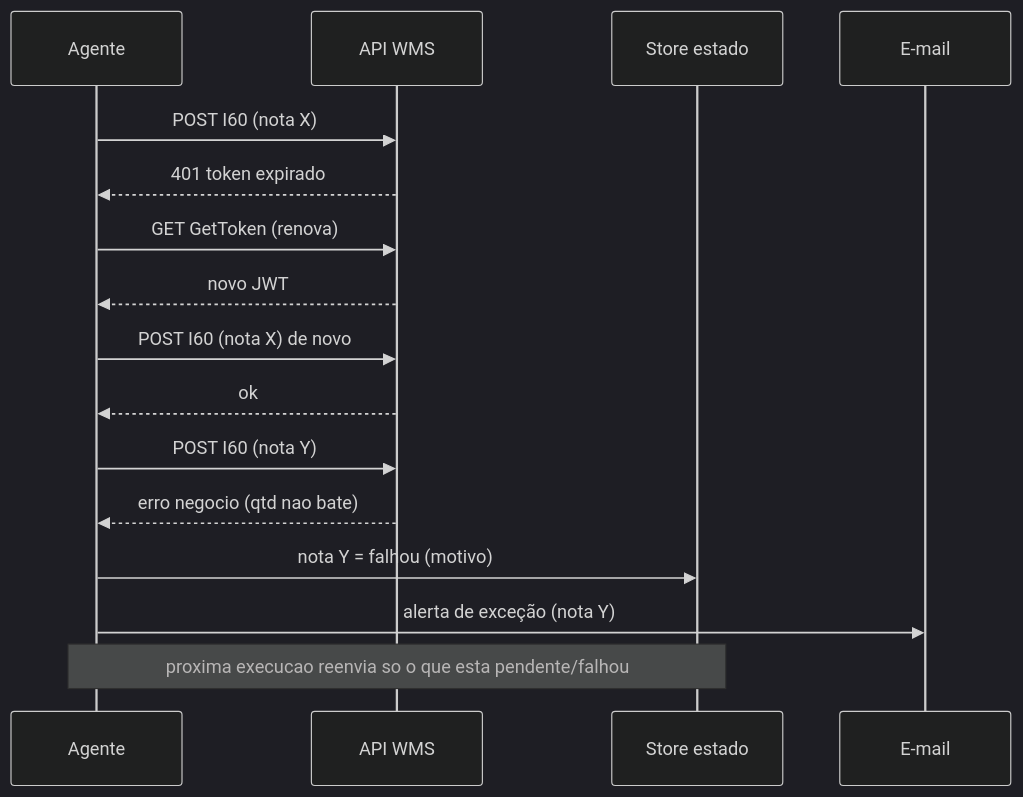
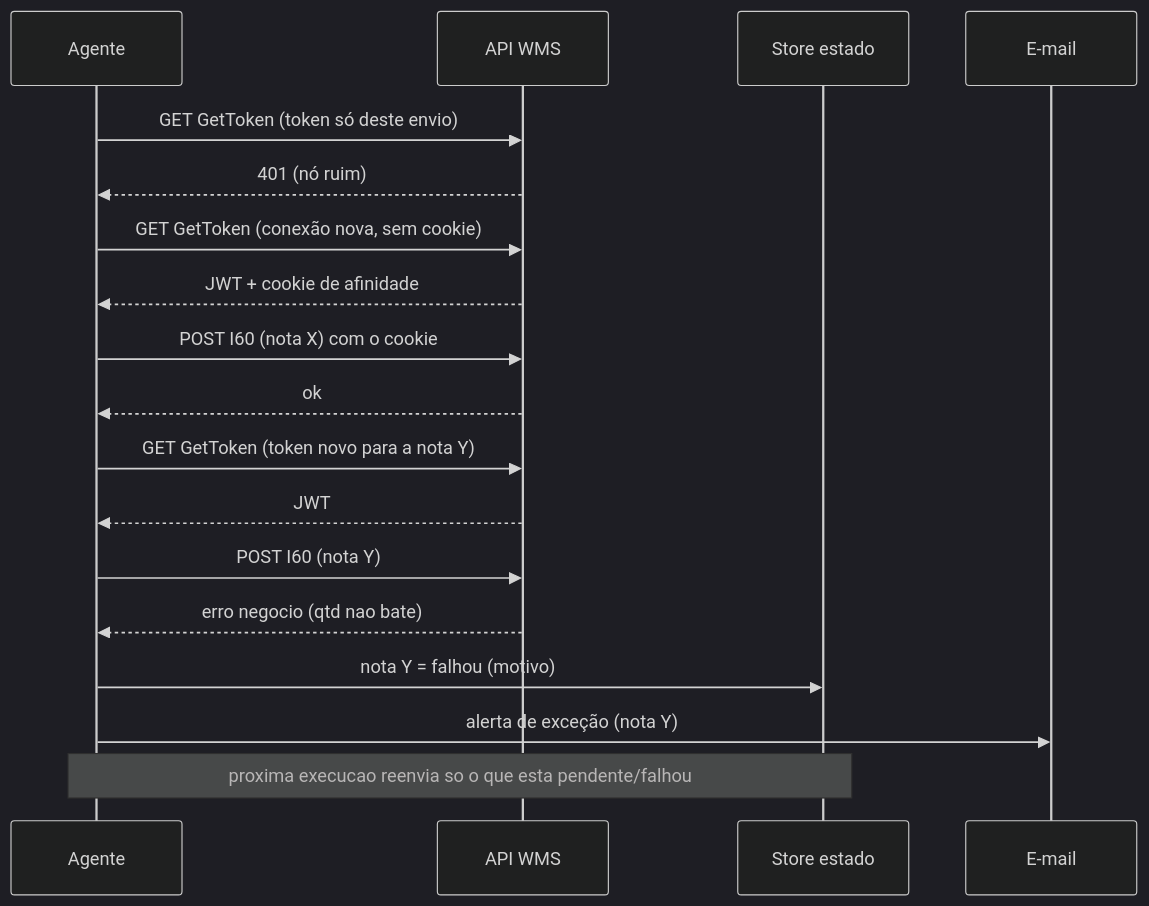
The sixth of 7 diagrams in docs/ARQUITETURA.md (Daniel01643/wms-integrador), drawn with Mermaid (dark theme) before and after one commit. The commit also changed other lines of this file and 31 other files, not shown here.

Commit message:
feat: token por envio (GetToken a cada POST), nova tentativa em conexao nova, teto por minuto, diagnostico por servidor e --testar-token --vezes; manuais com link da tela I40

````diff
--- a/docs/ARQUITETURA.md
+++ b/docs/ARQUITETURA.md
@@ -246,20 +260,22 @@
 ```mermaid
 sequenceDiagram
     participant A as Agente
     participant W as API WMS
     participant S as Store estado
     participant M as E-mail
 
-    A->>W: POST I60 (nota X)
-    W-->>A: 401 token expirado
-    A->>W: GET GetToken (renova)
-    W-->>A: novo JWT
-    A->>W: POST I60 (nota X) de novo
+    A->>W: GET GetToken (token só deste envio)
+    W-->>A: 401 (nó ruim)
+    A->>W: GET GetToken (conexão nova, sem cookie)
+    W-->>A: JWT + cookie de afinidade
+    A->>W: POST I60 (nota X) com o cookie
     W-->>A: ok
+    A->>W: GET GetToken (token novo para a nota Y)
+    W-->>A: JWT
 
     A->>W: POST I60 (nota Y)
     W-->>A: erro negocio (qtd nao bate)
     A->>S: nota Y = falhou (motivo)
     A->>M: alerta de exceção (nota Y)
     Note over A,S: proxima execucao reenvia so o que esta pendente/falhou
 ```
````
